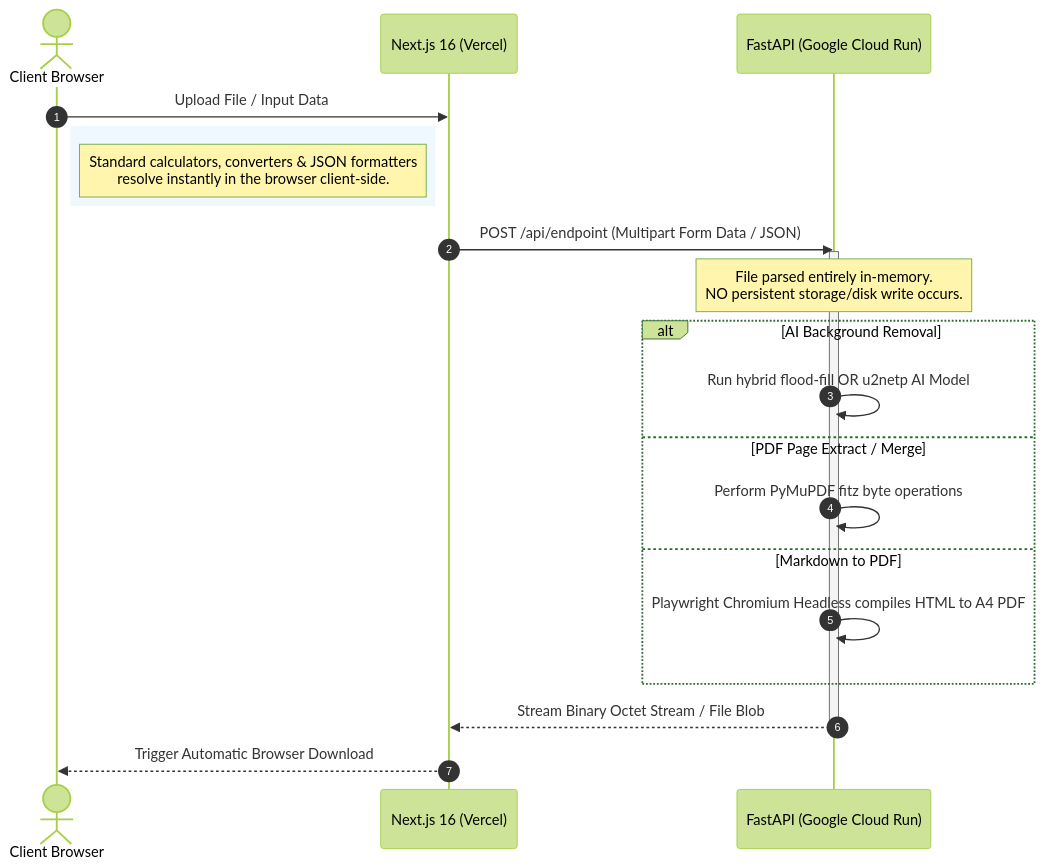
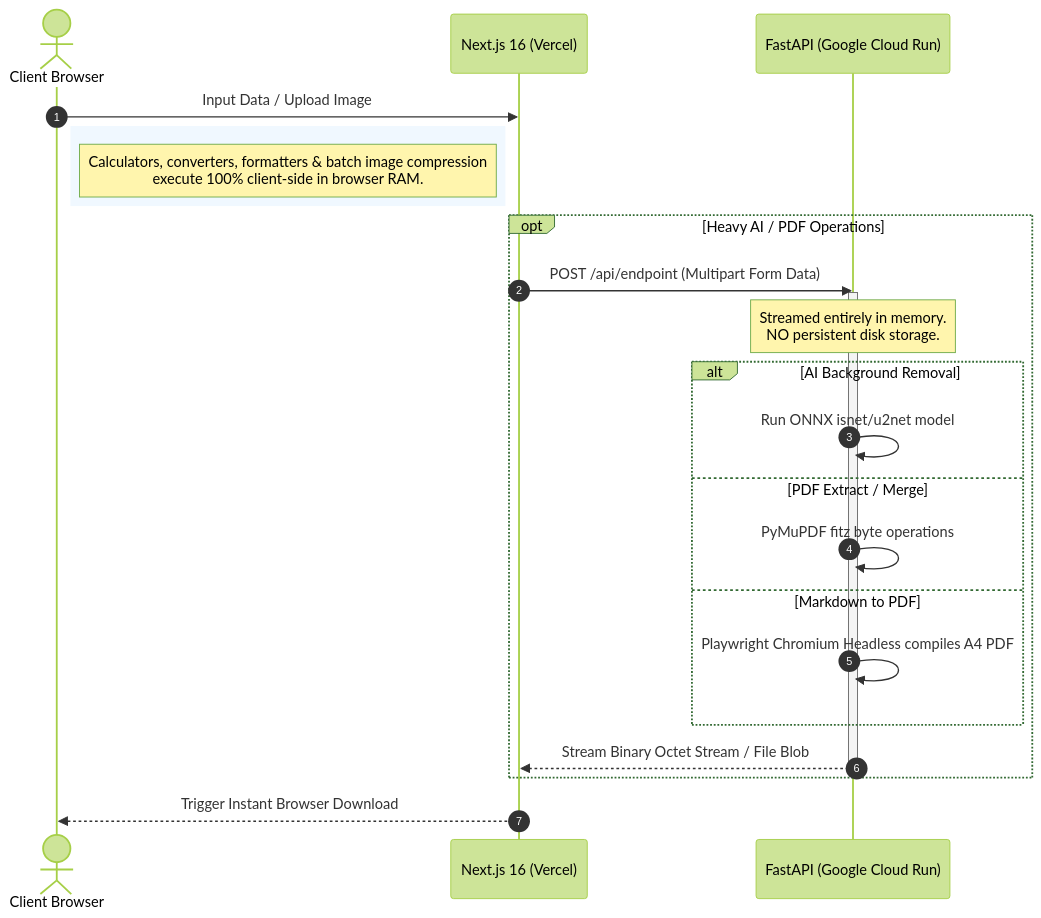
One commit to vaibhavdeshmukhdeveloper/the-utilify changed the diagram in README.md. Above: the diagram before and after it, drawn with Mermaid (forest theme). The commit also changed other lines of this file and 2 other files, not shown here.

Commit message:
docs: update SKILL.md, AGENTS.md, and README.md with latest architecture and tool capabilities

````diff
--- a/README.md
+++ b/README.md
@@ -57,25 +69,27 @@
 ```mermaid
 sequenceDiagram
     autonumber
     actor User as Client Browser
     participant FE as Next.js 16 (Vercel)
     participant BE as FastAPI (Google Cloud Run)
     
-    User->>FE: Upload File / Input Data
+    User->>FE: Input Data / Upload Image
     rect rgb(240, 248, 255)
-        note right of User: Standard calculators, converters & JSON formatters<br/>resolve instantly in the browser client-side.
+        note right of User: Calculators, converters, formatters & batch image compression<br/>execute 100% client-side in browser RAM.
     end
-    FE->>BE: POST /api/endpoint (Multipart Form Data / JSON)
-    activate BE
-    note over BE: File parsed entirely in-memory.<br/>NO persistent storage/disk write occurs.
-    alt AI Background Removal
-        BE->>BE: Run hybrid flood-fill OR u2netp AI Model
-    else PDF Page Extract / Merge
-        BE->>BE: Perform PyMuPDF fitz byte operations
-    else Markdown to PDF
-        BE->>BE: Playwright Chromium Headless compiles HTML to A4 PDF
+    opt Heavy AI / PDF Operations
+        FE->>BE: POST /api/endpoint (Multipart Form Data)
+        activate BE
+        note over BE: Streamed entirely in memory.<br/>NO persistent disk storage.
+        alt AI Background Removal
+            BE->>BE: Run ONNX isnet/u2net model
+        else PDF Extract / Merge
+            BE->>BE: PyMuPDF fitz byte operations
+        else Markdown to PDF
+            BE->>BE: Playwright Chromium Headless compiles A4 PDF
+        end
+        BE-->>FE: Stream Binary Octet Stream / File Blob
+        deactivate BE
     end
-    BE-->>FE: Stream Binary Octet Stream / File Blob
-    deactivate BE
-    FE-->>User: Trigger Automatic Browser Download
+    FE-->>User: Trigger Instant Browser Download
 ```
````
